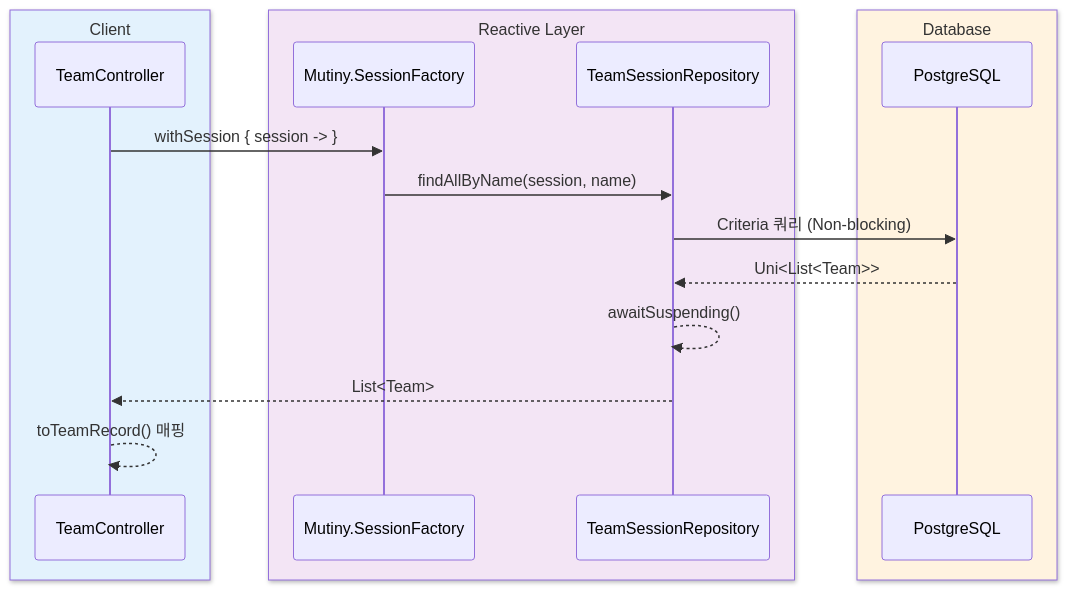
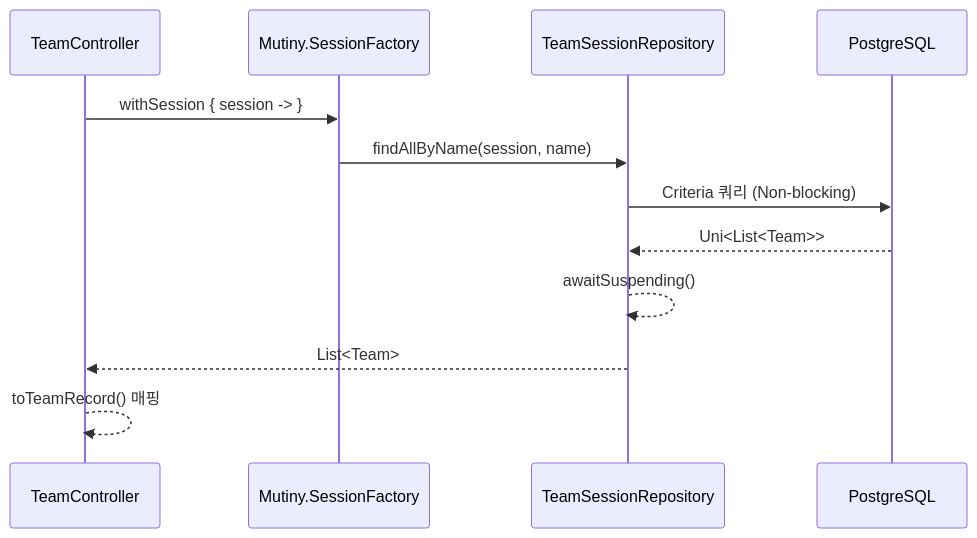
One commit to bluetape4k/exposed-workshop changed the first of 3 diagrams in 02-alternatives-to-jpa/hibernate-reactive-example/README.ko.md. Above: the diagram before and after it, drawn with Mermaid. The commit also changed 42 other files, not shown here.

First line of the commit message:
docs: sequence diagram에서 box rgb() 제거 (option 1 - GitHub dark mode 기본 렌더링 사용)

````diff
--- a/02-alternatives-to-jpa/hibernate-reactive-example/README.ko.md
+++ b/02-alternatives-to-jpa/hibernate-reactive-example/README.ko.md
@@ -22,21 +22,15 @@
 ```mermaid
 %%{init: {"theme": "neutral", "themeVariables": {"fontFamily": "'Comic Mono', 'goorm sans code', 'JetBrains Mono', 'goorm sans'"}}}%%
 sequenceDiagram
-    box rgb(227, 242, 253) Client
-        participant C as TeamController
-    end
-    box rgb(243, 229, 245) Reactive Layer
-        participant SF as Mutiny.SessionFactory
-        participant R as TeamSessionRepository
-    end
-    box rgb(255, 243, 224) Database
-        participant DB as PostgreSQL
-    end
+    participant C as TeamController
+    participant SF as Mutiny.SessionFactory
+    participant R as TeamSessionRepository
+    participant DB as PostgreSQL
     C ->> SF: withSession { session -> }
     SF ->> R: findAllByName(session, name)
     R ->> DB: Criteria 쿼리 (Non-blocking)
     DB -->> R: Uni<List<Team>>
     R -->> R: awaitSuspending()
     R -->> C: List<Team>
     C -->> C: toTeamRecord() 매핑
 ```
````
